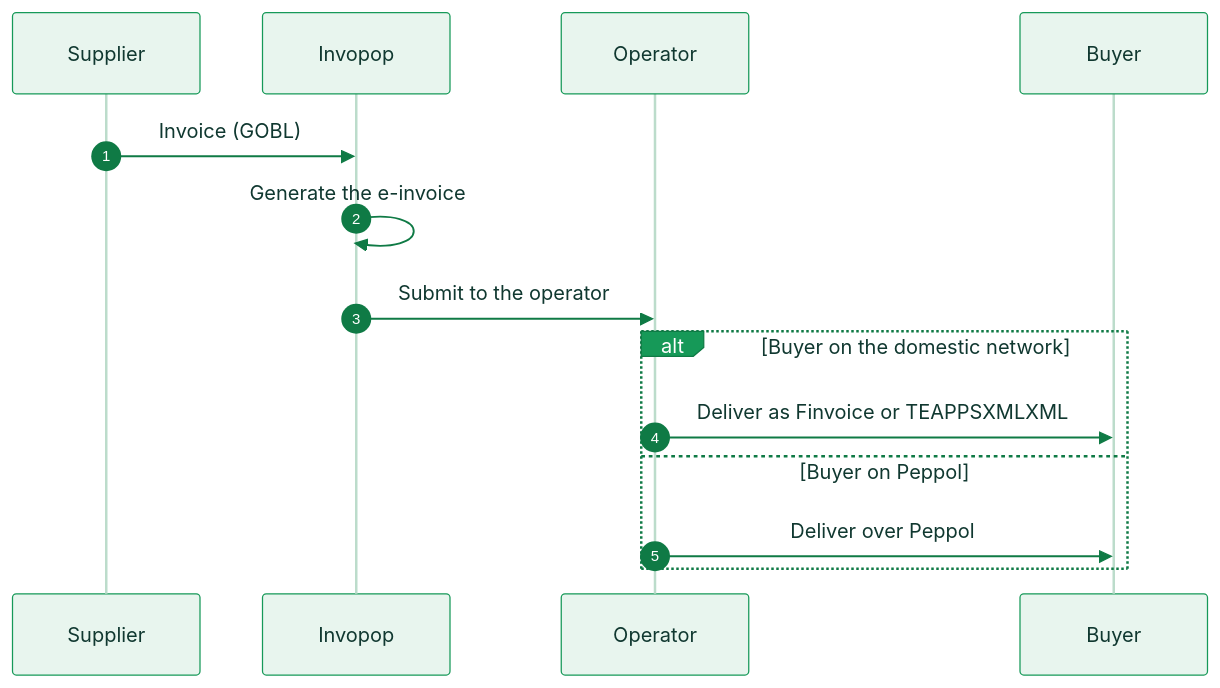
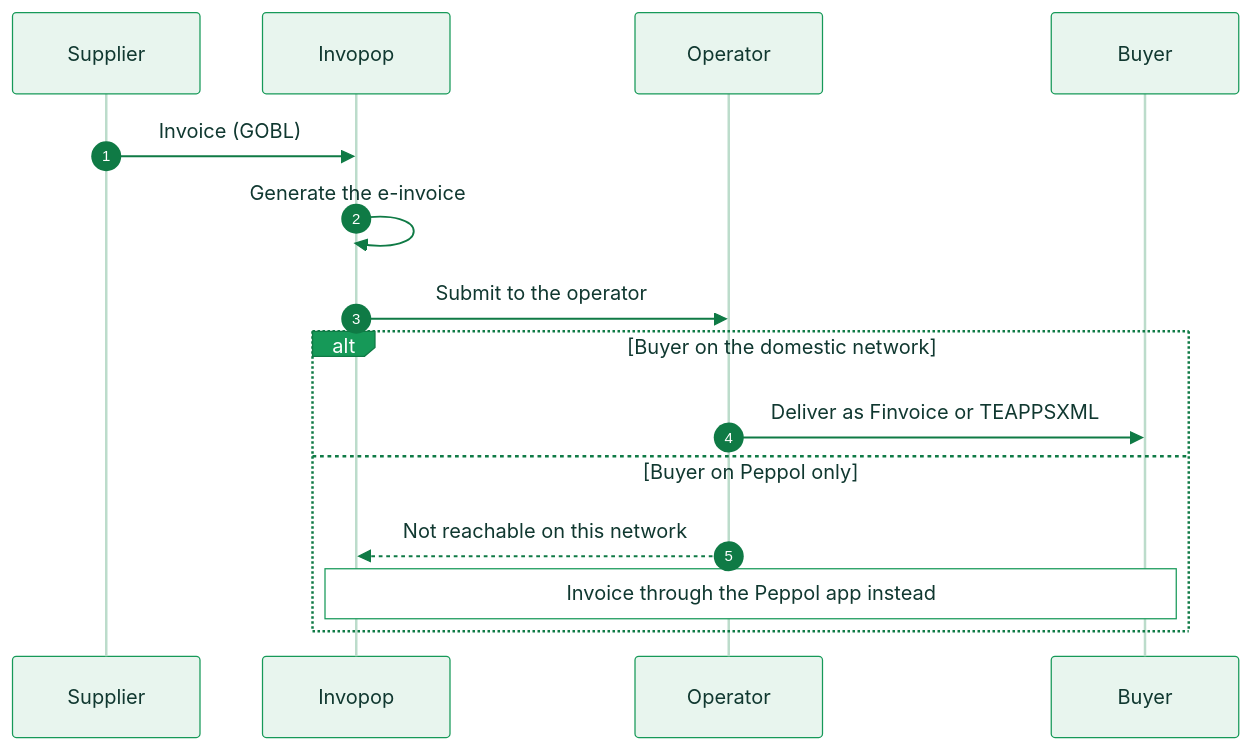
The diagram in compliance/finland.mdx (invopop/docs.invopop.com), drawn with Mermaid before and after one commit. The commit also changed other lines of this file and 12 other files, not shown here.

````diff
--- a/compliance/finland.mdx
+++ b/compliance/finland.mdx
@@ -41,17 +41,18 @@
 ```mermaid actions={false}
 %%{init: {'theme':'base','themeVariables':{'actorBkg':'#e8f5ee','actorBorder':'#169958','actorTextColor':'#103830','actorLineColor':'#bcdccb','signalColor':'#0f7a45','signalTextColor':'#103830','noteBkgColor':'#ffffff','noteBorderColor':'#169958','noteTextColor':'#103830','labelBoxBkgColor':'#169958','labelBoxBorderColor':'#0f7a45','labelTextColor':'#ffffff','sequenceNumberColor':'#ffffff'}}}%%
 sequenceDiagram
     autonumber
     participant S as Supplier
     participant IV as Invopop
     participant AX as Operator
     participant B as Buyer
     S->>IV: Invoice (GOBL)
     IV->>IV: Generate the e-invoice
     IV->>AX: Submit to the operator
     alt Buyer on the domestic network
-        AX->>B: Deliver as Finvoice or TEAPPSXMLXML
-    else Buyer on Peppol
-        AX->>B: Deliver over Peppol
+        AX->>B: Deliver as Finvoice or TEAPPSXML
+    else Buyer on Peppol only
+        AX-->>IV: Not reachable on this network
+        Note over IV,B: Invoice through the Peppol app instead
     end
 ```
````
